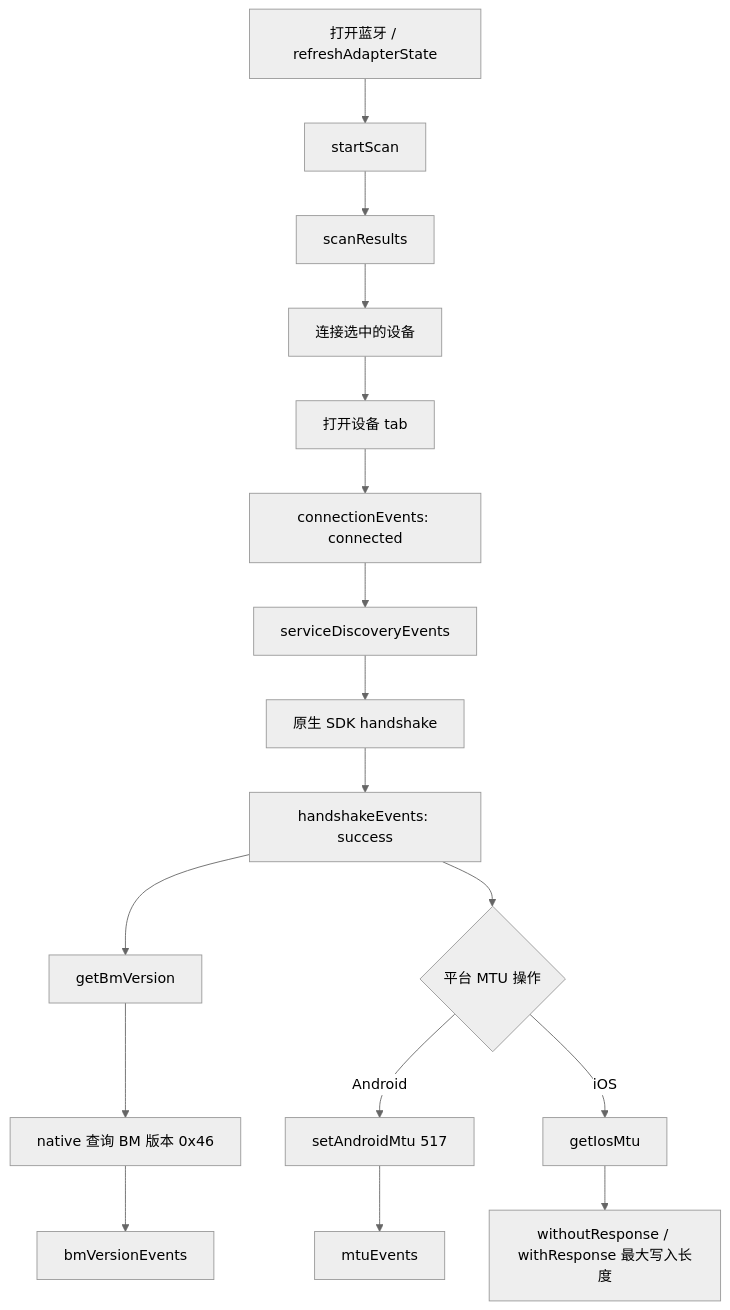
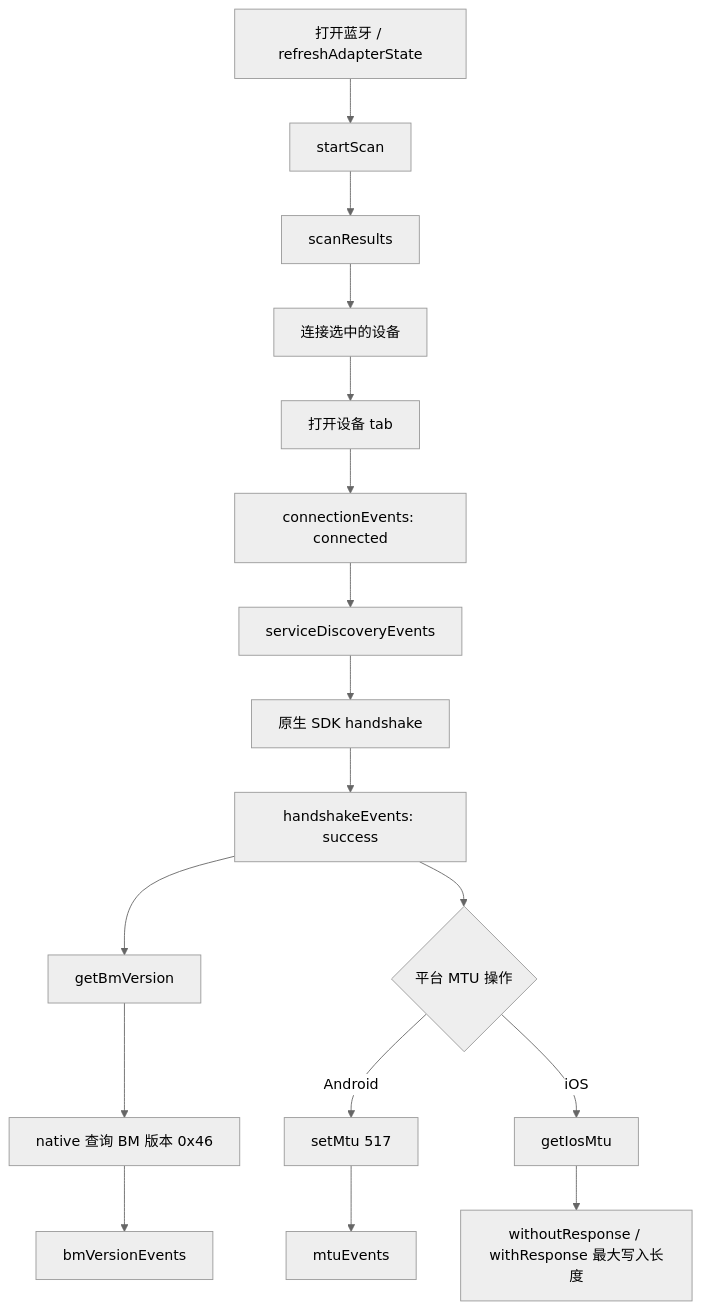
Before and after one commit to elinkthings/flutter_elink_ble: the diagram in README_ZH.md, drawn with Mermaid (neutral theme). The commit also changed other lines of this file and 49 other files, not shown here.

````diff
--- a/README_ZH.md
+++ b/README_ZH.md
@@ -151,19 +151,19 @@
 ```mermaid
 flowchart TD
   A[打开蓝牙 / refreshAdapterState] --> B[startScan]
   B --> C[scanResults]
   C --> D[连接选中的设备]
   D --> E[打开设备 tab]
   E --> F[connectionEvents: connected]
   F --> G[serviceDiscoveryEvents]
   G --> H[原生 SDK handshake]
   H --> I[handshakeEvents: success]
   I --> J[getBmVersion]
   J --> K[native 查询 BM 版本 0x46]
   K --> L[bmVersionEvents]
   I --> M{平台 MTU 操作}
-  M -- Android --> N[setAndroidMtu 517]
+  M -- Android --> N[setMtu 517]
   N --> O[mtuEvents]
   M -- iOS --> P[getIosMtu]
   P --> Q[withoutResponse / withResponse 最大写入长度]
 ```
````
